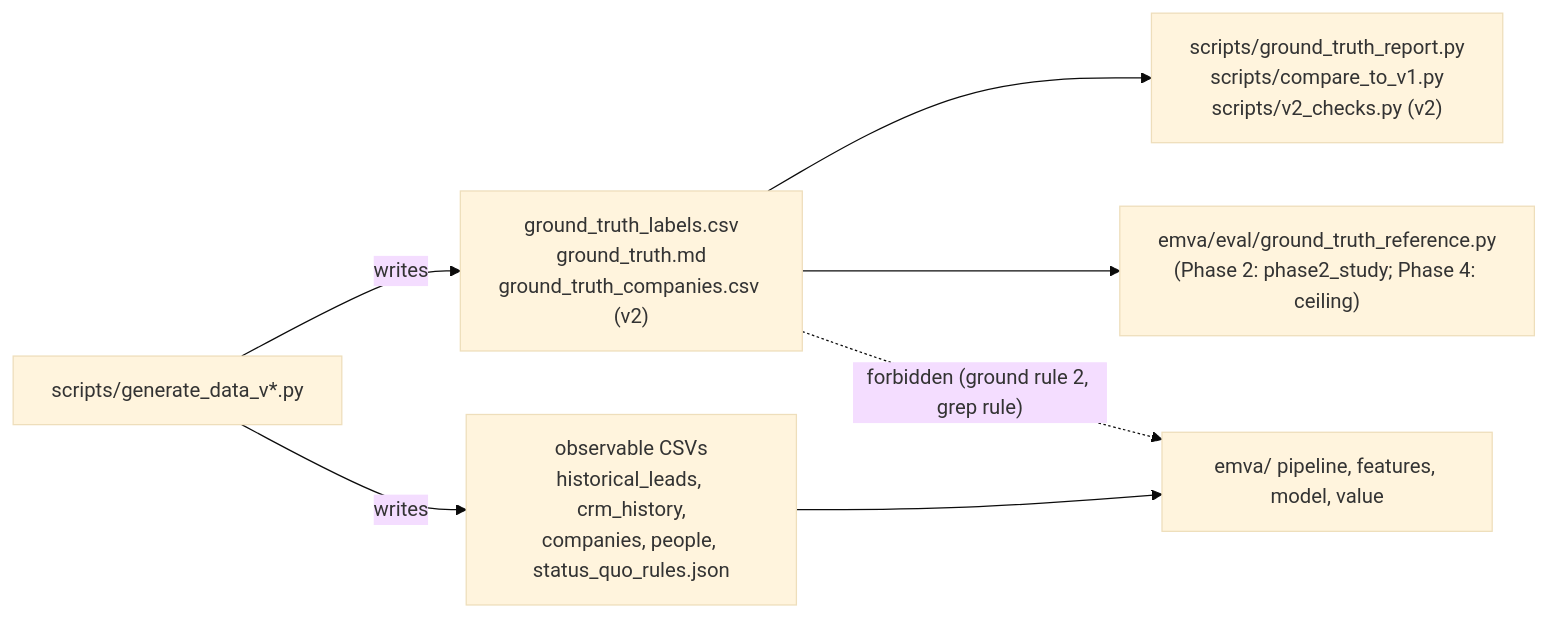
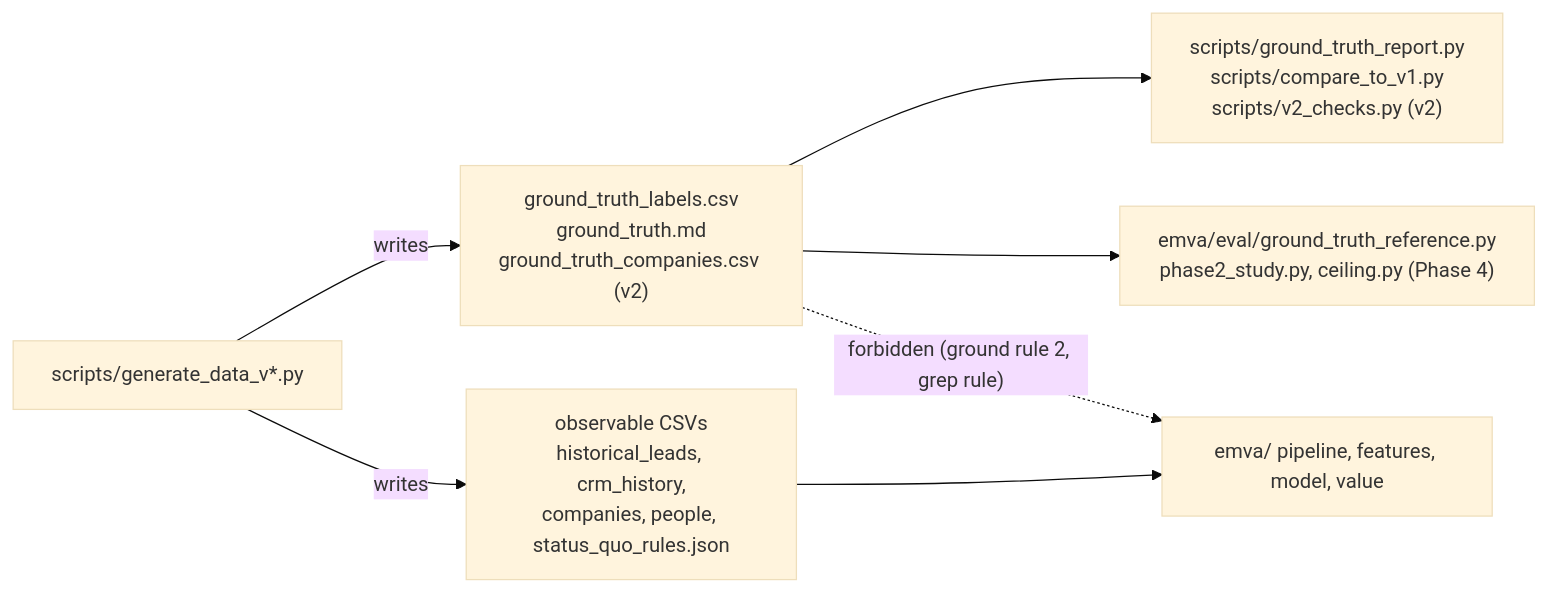
The second of 3 diagrams in docs/ARCHITECTURE.md (dsj-emva/learning-modal), drawn with Mermaid (base theme) before and after one commit. The commit also changed other lines of this file and 4 other files, not shown here.

````diff
--- a/docs/ARCHITECTURE.md
+++ b/docs/ARCHITECTURE.md
@@ -133,9 +145,9 @@
 ```mermaid
 flowchart LR
     GEN["scripts/generate_data_v*.py"] -->|writes| GT["ground_truth_labels.csv<br/>ground_truth.md<br/>ground_truth_companies.csv (v2)"]
     GEN -->|writes| OBS["observable CSVs<br/>historical_leads, crm_history,<br/>companies, people, status_quo_rules.json"]
     GT --> GTR["scripts/ground_truth_report.py<br/>scripts/compare_to_v1.py<br/>scripts/v2_checks.py (v2)"]
-    GT --> EV["emva/eval/ground_truth_reference.py<br/>(Phase 2: phase2_study; Phase 4: ceiling)"]
+    GT --> EV["emva/eval/ground_truth_reference.py<br/>phase2_study.py, ceiling.py (Phase 4)"]
     OBS --> PIPE["emva/ pipeline, features, model, value"]
     GT -. "forbidden (ground rule 2, grep rule)" .-> PIPE
 ```
````
